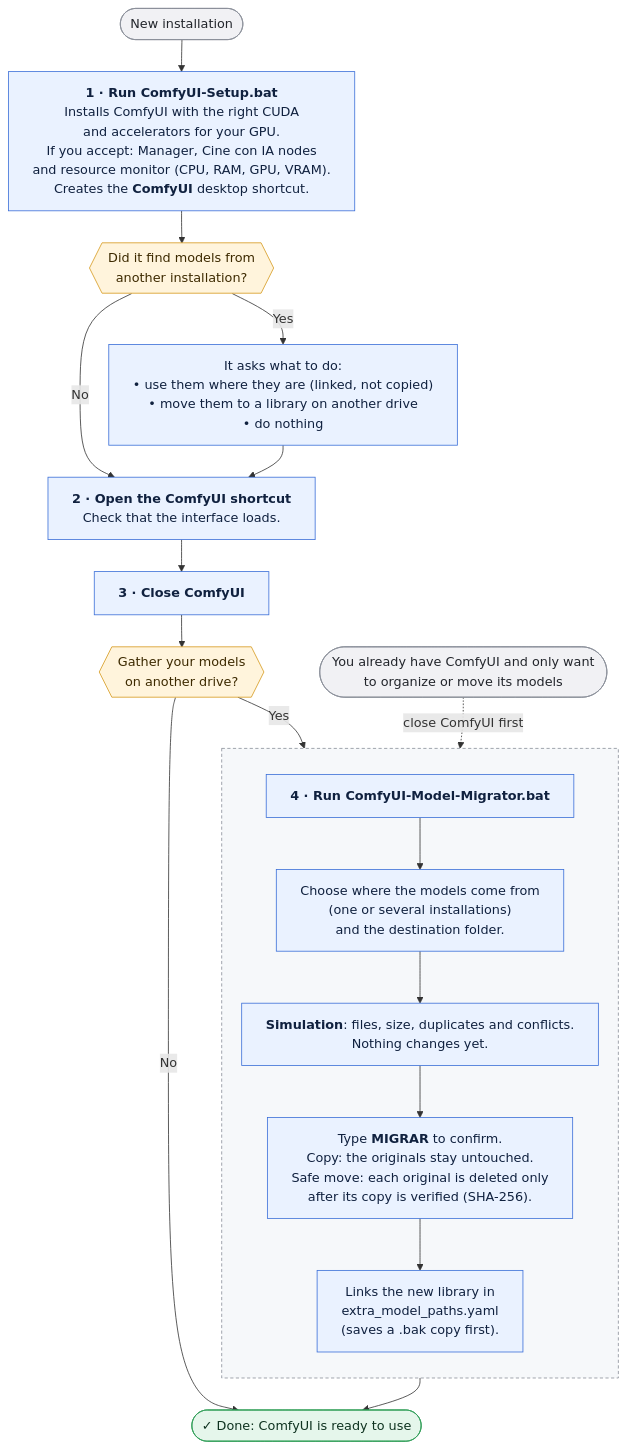
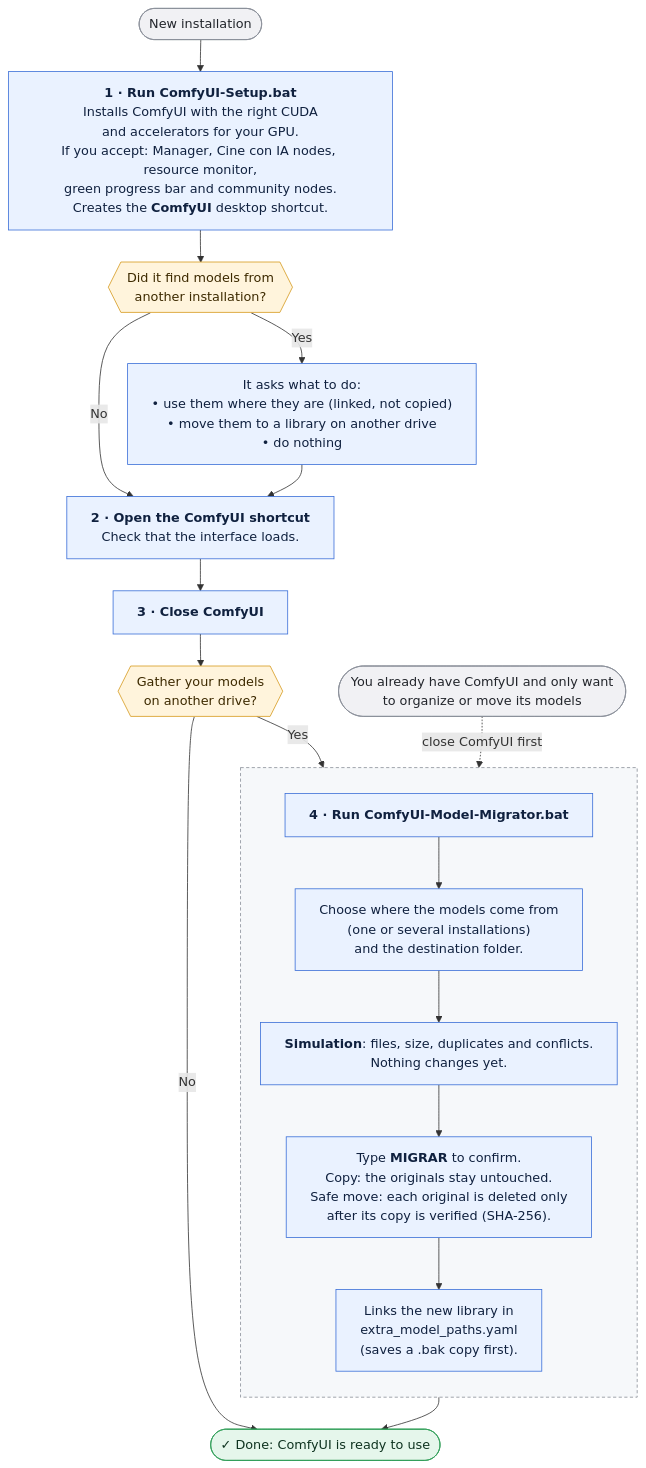
The diagram in README.en.md (chaLords/CineConIA-Installer), drawn with Mermaid before and after one commit. The commit also changed other lines of this file and 6 other files, not shown here.

````diff
--- a/README.en.md
+++ b/README.en.md
@@ -78,39 +82,39 @@
 ```mermaid
 %%{init: {"flowchart": {"wrappingWidth": 420, "nodeSpacing": 30, "rankSpacing": 40}}}%%
 flowchart TD
     fresh(["New installation"])
     existing(["You already have ComfyUI and only want<br/>to organize or move its models"])
 
-    fresh --> s1["<b>1 · Run ComfyUI-Setup.bat</b><br/>Installs ComfyUI with the right CUDA<br/>and accelerators for your GPU.<br/>If you accept: Manager, Cine con IA nodes<br/>and resource monitor (CPU, RAM, GPU, VRAM).<br/>Creates the <b>ComfyUI</b> desktop shortcut."]
+    fresh --> s1["<b>1 · Run ComfyUI-Setup.bat</b><br/>Installs ComfyUI with the right CUDA<br/>and accelerators for your GPU.<br/>If you accept: Manager, Cine con IA nodes, resource monitor,<br/>green progress bar and community nodes.<br/>Creates the <b>ComfyUI</b> desktop shortcut."]
     s1 --> found{{"Did it find models from<br/>another installation?"}}
     found -- "No" --> s2
     found -- "Yes" --> ask["It asks what to do:<br/>• use them where they are (linked, not copied)<br/>• move them to a library on another drive<br/>• do nothing"]
     ask --> s2["<b>2 · Open the ComfyUI shortcut</b><br/>Check that the interface loads."]
     s2 --> s3["<b>3 · Close ComfyUI</b>"]
     s3 --> gather{{"Gather your models<br/>on another drive?"}}
     gather -- "No" --> done(["✓ Done: ComfyUI is ready to use"])
     gather -- "Yes" --> m0
 
     existing -. "close ComfyUI first" .-> m0
 
     subgraph migrator [" "]
         direction TB
         m0["<b>4 · Run ComfyUI-Model-Migrator.bat</b>"]
         m0 --> m1["Choose where the models come from<br/>(one or several installations)<br/>and the destination folder."]
         m1 --> m2["<b>Simulation</b>: files, size, duplicates and conflicts.<br/>Nothing changes yet."]
         m2 --> m3["Type <b>MIGRAR</b> to confirm.<br/>Copy: the originals stay untouched.<br/>Safe move: each original is deleted only<br/>after its copy is verified (SHA-256)."]
         m3 --> m4["Links the new library in<br/>extra_model_paths.yaml<br/>(saves a .bak copy first)."]
     end
 
     m4 --> done
 
     classDef step fill:#eaf2ff,stroke:#3b6fd8,color:#10213f
     classDef question fill:#fff4dc,stroke:#d69a1e,color:#3d2a00
     classDef finish fill:#e5f6eb,stroke:#2f9e57,color:#0f3320
     classDef entry fill:#f1f1f4,stroke:#8a8f99,color:#22252b
     class s1,s2,s3,ask,m0,m1,m2,m3,m4 step
     class found,gather question
     class done finish
     class fresh,existing entry
     style migrator fill:#f6f8fa,stroke:#8a8f99,stroke-dasharray:4 3
 ```
````
